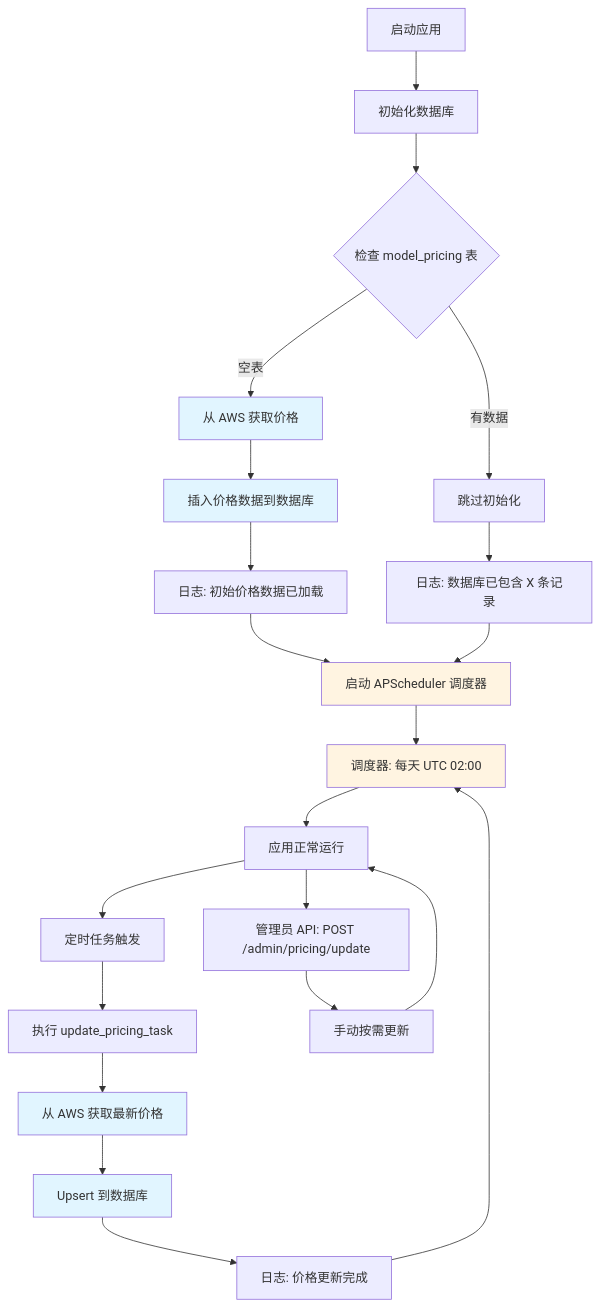
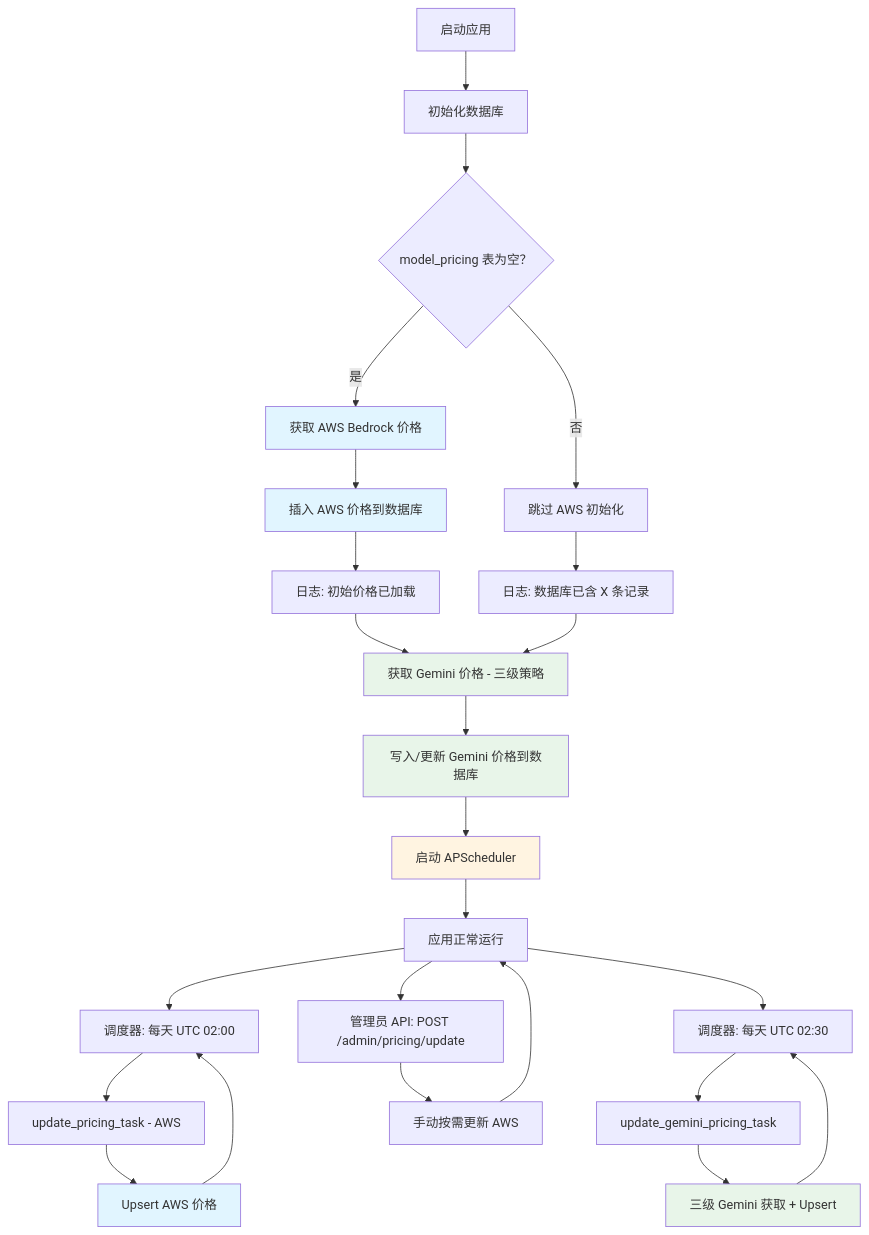
The diagram in docs/pricing-system.zh.md (aws-samples/sample-kolya-br-proxy), drawn with Mermaid before and after one commit. The commit also changed other lines of this file and 11 other files, not shown here.

````diff
--- a/docs/pricing-system.zh.md
+++ b/docs/pricing-system.zh.md
@@ -78,30 +160,37 @@
 ```mermaid
 flowchart TD
     A[启动应用] --> B[初始化数据库]
-    B --> C{检查 model_pricing 表}
-    C -->|空表| D[从 AWS 获取价格]
-    C -->|有数据| E[跳过初始化]
-    D --> F[插入价格数据到数据库]
-    F --> G[日志: 初始价格数据已加载]
-    E --> H[日志: 数据库已包含 X 条记录]
-    G --> I[启动 APScheduler 调度器]
-    H --> I
-    I --> J[调度器: 每天 UTC 02:00]
+    B --> C{model_pricing 表为空？}
+    C -->|是| D[获取 AWS Bedrock 价格]
+    C -->|否| E[跳过 AWS 初始化]
+    D --> F[插入 AWS 价格到数据库]
+    F --> G[日志: 初始价格已加载]
+    E --> H[日志: 数据库已含 X 条记录]
+    G --> Init2[获取 Gemini 价格 - 三级策略]
+    H --> Init2
+    Init2 --> I[写入/更新 Gemini 价格到数据库]
+    I --> J[启动 APScheduler]
     J --> K[应用正常运行]
-    K --> L[定时任务触发]
-    L --> M[执行 update_pricing_task]
-    M --> N[从 AWS 获取最新价格]
-    N --> O[Upsert 到数据库]
-    O --> P[日志: 价格更新完成]
-    P --> J
+
+    K --> L1[调度器: 每天 UTC 02:00]
+    L1 --> M1[update_pricing_task - AWS]
+    M1 --> N1[Upsert AWS 价格]
+    N1 --> L1
+
+    K --> L2[调度器: 每天 UTC 02:30]
+    L2 --> M2[update_gemini_pricing_task]
+    M2 --> N2[三级 Gemini 获取 + Upsert]
+    N2 --> L2
+
     K --> Q[管理员 API: POST /admin/pricing/update]
-    Q --> R[手动按需更新]
+    Q --> R[手动按需更新 AWS]
     R --> K
 
     style D fill:#e1f5ff
     style F fill:#e1f5ff
-    style N fill:#e1f5ff
-    style O fill:#e1f5ff
-    style I fill:#fff4e1
+    style Init2 fill:#e8f5e9
+    style I fill:#e8f5e9
+    style N1 fill:#e1f5ff
+    style N2 fill:#e8f5e9
     style J fill:#fff4e1
 ```
````
